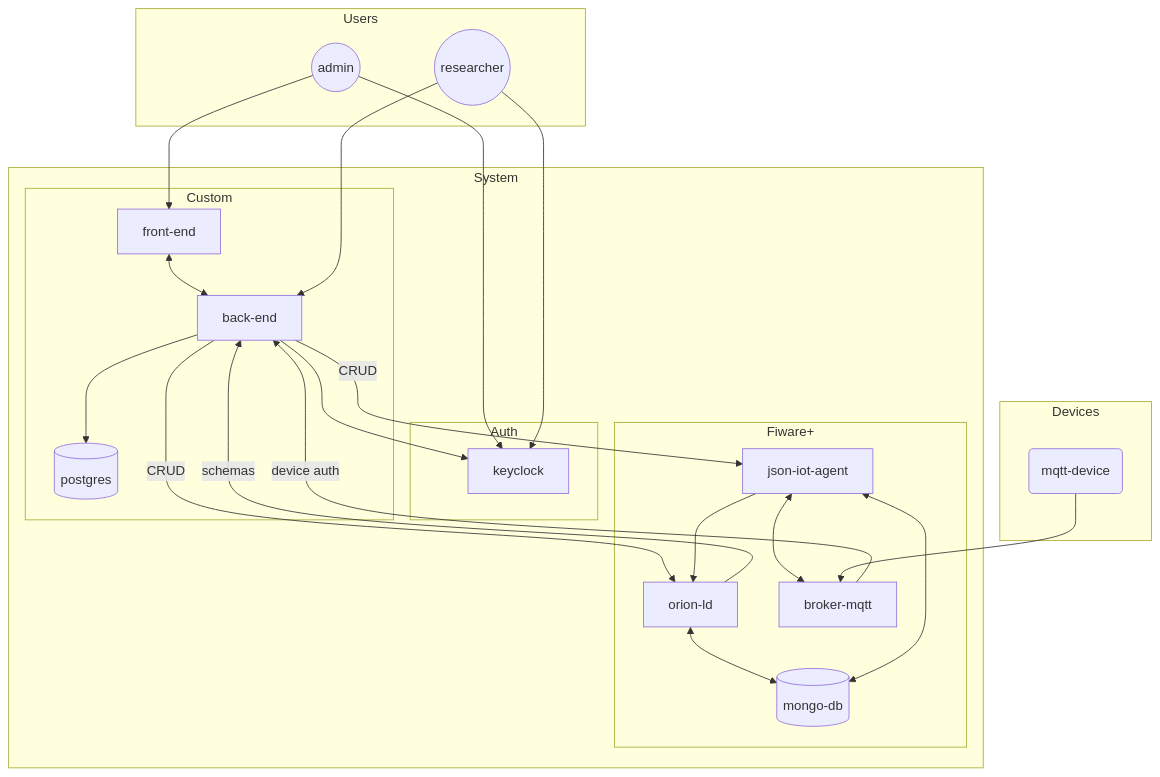
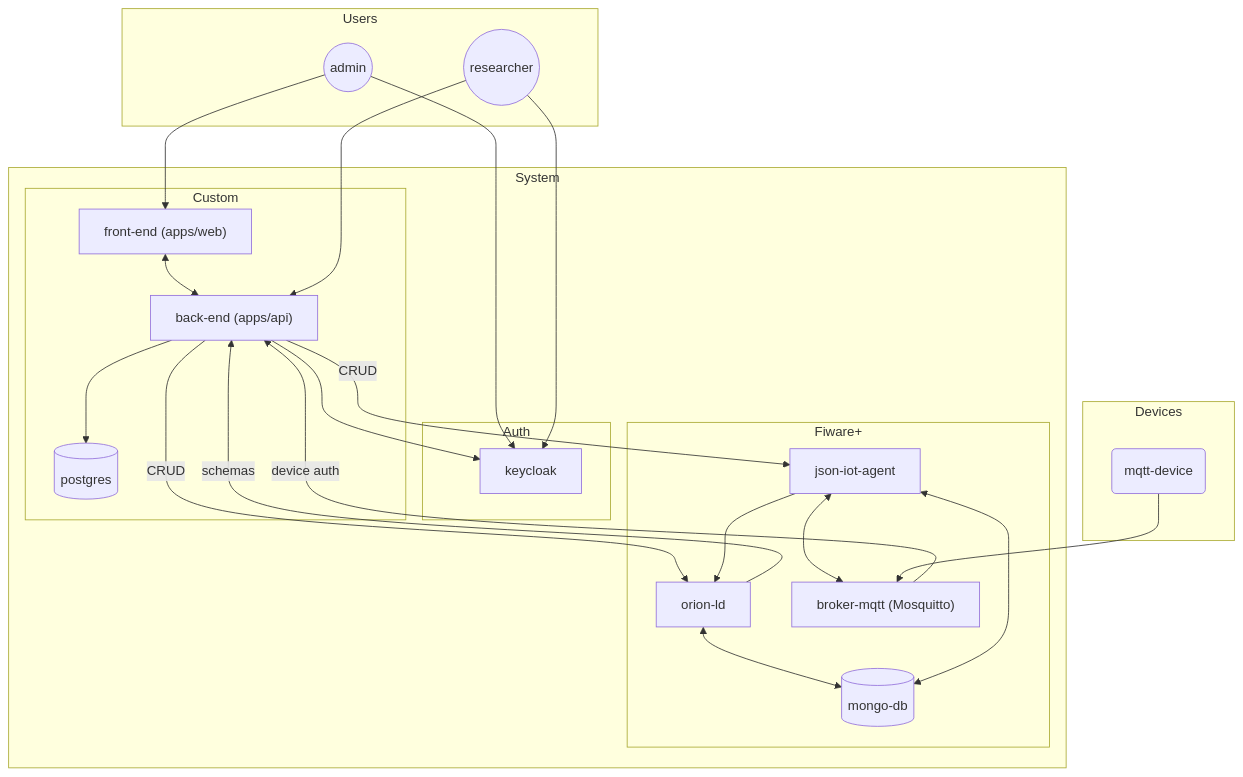
Before and after one commit to LuizTakeda/masters-system: the diagram in README.md, drawn with Mermaid. The commit also changed other lines of this file, not shown here.

````diff
--- a/README.md
+++ b/README.md
@@ -27,53 +59,53 @@
 ```mermaid
 flowchart TB
     subgraph Users
         admin(("admin"))
         researcher(("researcher"))
     end
 
     subgraph System
         subgraph Auth
-            keyclock["keyclock"]
+            keycloak["keycloak"]
 
-            admin --> keyclock
-            researcher --> keyclock
+            admin --> keycloak
+            researcher --> keycloak
         end
 
         subgraph Custom
-            front-end["front-end"]
-            back-end["back-end"]
+            front-end["front-end (apps/web)"]
+            back-end["back-end (apps/api)"]
             postgres[(postgres)]
 
             front-end <--> back-end 
             admin --> front-end
             researcher --> back-end
 
-            back-end --> keyclock
+            back-end --> keycloak
             back-end --> postgres
         end
 
         subgraph Fiware+
             orion-ld["orion-ld"]
             json-iot-agent["json-iot-agent"]
             mongo-db[("mongo-db")]
-            broker-mqtt["broker-mqtt"]
+            broker-mqtt["broker-mqtt (Mosquitto)"]
 
             orion-ld <--> mongo-db
             orion-ld --"schemas"--> back-end
             back-end --"CRUD"--> orion-ld
 
             json-iot-agent <--> mongo-db
             json-iot-agent --> orion-ld
             json-iot-agent <--> broker-mqtt
             back-end -- "CRUD" --> json-iot-agent
 
             broker-mqtt -- "device auth"--> back-end
         end
     end
 
     subgraph Devices
         mqtt-device("mqtt-device")
 
         mqtt-device --> broker-mqtt
     end
 ```
````
